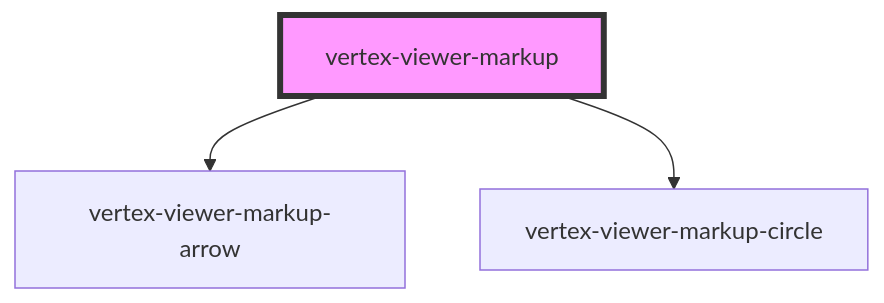
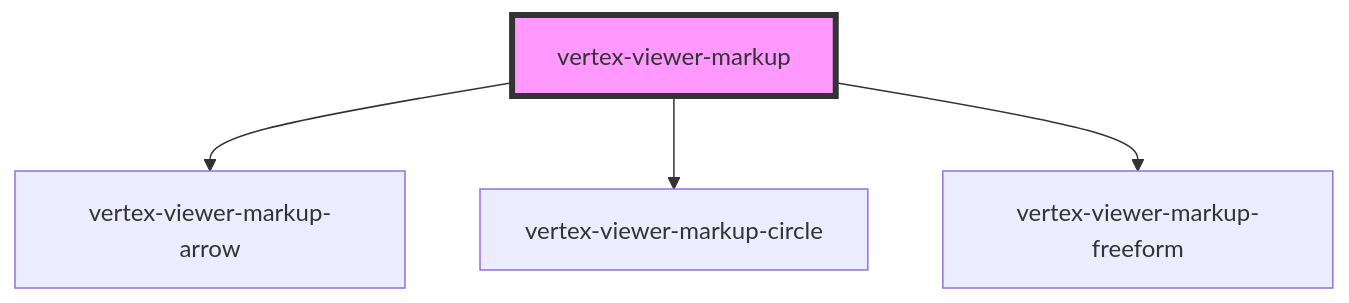
The diagram in packages/viewer/src/components/viewer-markup/readme.md (Vertexvis/vertex-web-sdk), drawn with Mermaid before and after one commit. The commit also changed other lines of this file and 6 other files, not shown here.

````diff
--- a/packages/viewer/src/components/viewer-markup/readme.md
+++ b/packages/viewer/src/components/viewer-markup/readme.md
@@ -230,6 +232,7 @@
 ```mermaid
 graph TD;
   vertex-viewer-markup --> vertex-viewer-markup-arrow
   vertex-viewer-markup --> vertex-viewer-markup-circle
+  vertex-viewer-markup --> vertex-viewer-markup-freeform
   style vertex-viewer-markup fill:#f9f,stroke:#333,stroke-width:4px
 ```
````
